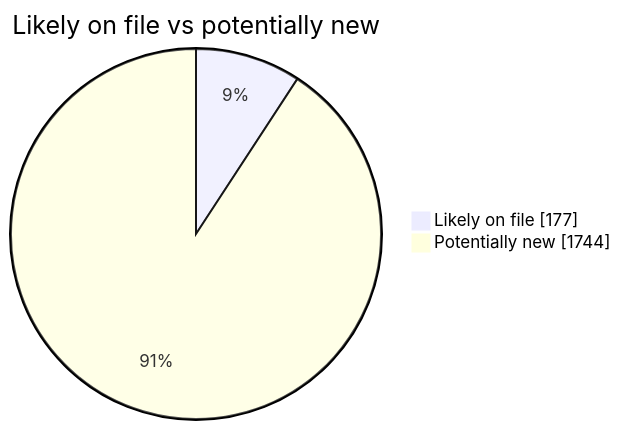
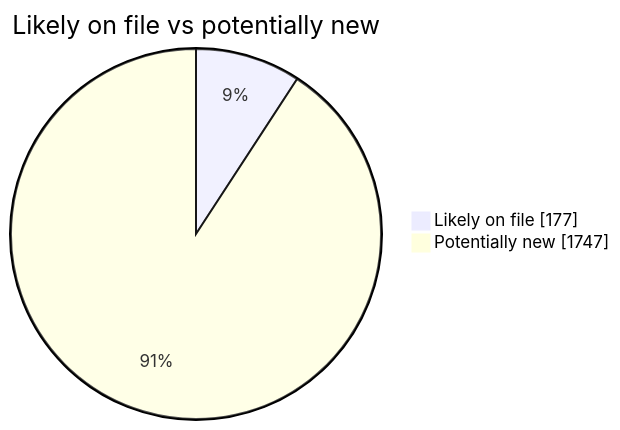
The second of 4 diagrams in README.md (martinbalfanz/social-scanner-reports), drawn with Mermaid before and after one commit. The commit also changed other lines of this file and 4 other files, not shown here.

````diff
--- a/README.md
+++ b/README.md
@@ -40,5 +40,5 @@
 ```mermaid
 pie showData title Likely on file vs potentially new
     "Likely on file" : 177
-    "Potentially new" : 1744
+    "Potentially new" : 1747
 ```
````
